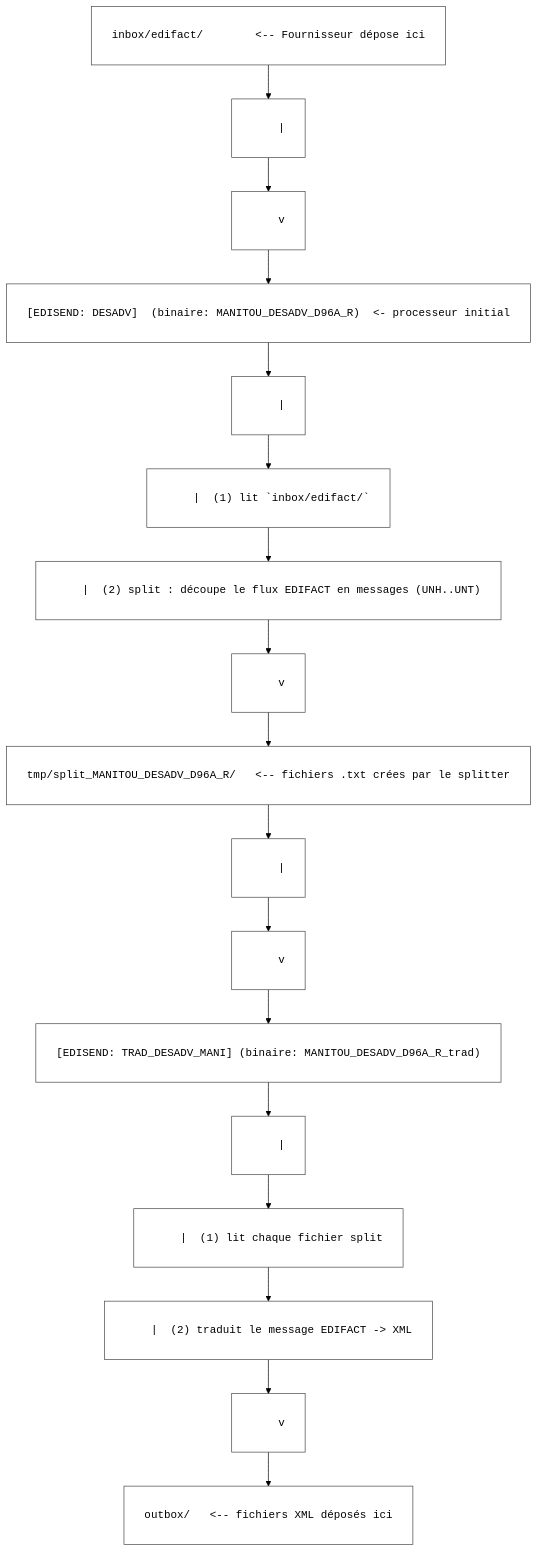
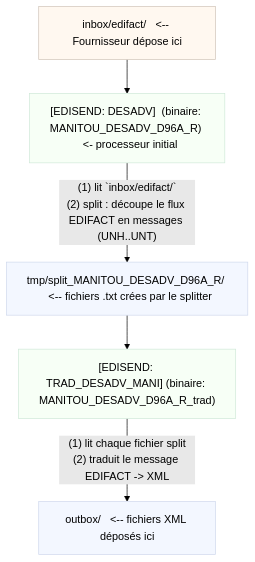
One commit to HMaPredell/visuel changed the diagram in README.md. Above: the diagram before and after it, drawn with Mermaid (forest theme).

````diff
--- a/README.md
+++ b/README.md
@@ -5,26 +5,19 @@
 ```mermaid
 flowchart TD
   %% Styles
   %% Neutral styles
-  classDef nodeStyle fill:#ffffff,stroke:#444,stroke-width:1px;
+  classDef pastelA fill:#fff8f0,stroke:#cfc3b8,stroke-width:1px,color:#000;
+  classDef pastelB fill:#f7fff6,stroke:#cfe8d8,stroke-width:1px,color:#000;
+  classDef pastelC fill:#f3f7ff,stroke:#cfd8ec,stroke-width:1px,color:#000;
 
-  l1["<pre>inbox/edifact/        &lt;-- Fournisseur d&eacute;pose ici</pre>"]:::nodeStyle
-  l2["<pre>    |</pre>"]:::nodeStyle
-  l3["<pre>    v</pre>"]:::nodeStyle
-  l4["<pre>[EDISEND: DESADV]  (binaire: MANITOU_DESADV_D96A_R)  &lt;- processeur initial</pre>"]:::nodeStyle
-  l5["<pre>    |</pre>"]:::nodeStyle
-  l6["<pre>    |  (1) lit `inbox/edifact/`</pre>"]:::nodeStyle
-  l7["<pre>    |  (2) split : d&eacute;coupe le flux EDIFACT en messages (UNH..UNT)</pre>"]:::nodeStyle
-  l8["<pre>    v</pre>"]:::nodeStyle
-  l9["<pre>tmp/split_MANITOU_DESADV_D96A_R/   &lt;-- fichiers .txt cr&eacute;es par le splitter</pre>"]:::nodeStyle
-  l10["<pre>    |</pre>"]:::nodeStyle
-  l11["<pre>    v</pre>"]:::nodeStyle
-  l12["<pre>[EDISEND: TRAD_DESADV_MANI] (binaire: MANITOU_DESADV_D96A_R_trad)</pre>"]:::nodeStyle
-  l13["<pre>    |</pre>"]:::nodeStyle
-  l14["<pre>    |  (1) lit chaque fichier split</pre>"]:::nodeStyle
-  l15["<pre>    |  (2) traduit le message EDIFACT -&gt; XML</pre>"]:::nodeStyle
-  l16["<pre>    v</pre>"]:::nodeStyle
-  l17["<pre>outbox/   &lt;-- fichiers XML d&eacute;pos&eacute;s ici</pre>"]:::nodeStyle
+  A["inbox/edifact/   &lt;-- Fournisseur d&eacute;pose ici"]:::pastelA
+  B["[EDISEND: DESADV]  (binaire: MANITOU_DESADV_D96A_R)   &lt;- processeur initial"]:::pastelB
+  C["tmp/split_MANITOU_DESADV_D96A_R/   &lt;-- fichiers .txt cr&eacute;es par le splitter"]:::pastelC
+  D["[EDISEND: TRAD_DESADV_MANI] (binaire: MANITOU_DESADV_D96A_R_trad)"]:::pastelB
+  E["outbox/   &lt;-- fichiers XML d&eacute;pos&eacute;s ici"]:::pastelC
 
-  l1 --> l2 --> l3 --> l4 --> l5 --> l6 --> l7 --> l8 --> l9 --> l10 --> l11 --> l12 --> l13 --> l14 --> l15 --> l16 --> l17
+  A --> B
+  B -->|"(1) lit `inbox/edifact/`<br/>(2) split : d&eacute;coupe le flux EDIFACT en messages (UNH..UNT)"| C
+  C --> D
+  D -->|"(1) lit chaque fichier split<br/>(2) traduit le message EDIFACT -> XML"| E
 ```
````
